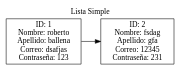
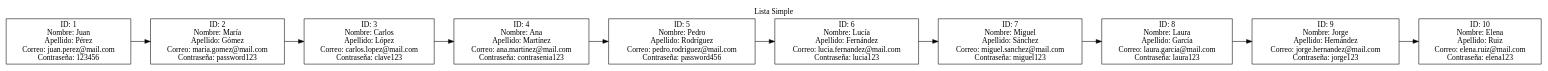
The diagram in Fase#1/Graficas/ListaSimple.dot (Farot30/-EDD-1S2025_202307820), drawn with Graphviz before and after one commit. The commit also changed 29 other files, not shown here.

```diff
--- a/Fase#1/Graficas/ListaSimple.dot
+++ b/Fase#1/Graficas/ListaSimple.dot
@@ -1,10 +1,26 @@
 digraph G {
 label="Lista Simple";
 labelloc="t";
 rankdir=LR;
 node [shape=box];
-node0 [label="ID: 1\nNombre: roberto\nApellido: ballena\nCorreo: dsafjas\nContraseña: 123"];
+node0 [label="ID: 1\nNombre: Juan\nApellido: Pérez\nCorreo: juan.perez@mail.com\nContraseña: 123456"];
 node0 -> node1;
-node1 [label="ID: 2\nNombre: fsdag\nApellido: gfa\nCorreo: 12345\nContraseña: 231"];
+node1 [label="ID: 2\nNombre: María\nApellido: Gómez\nCorreo: maria.gomez@mail.com\nContraseña: password123"];
+node1 -> node2;
+node2 [label="ID: 3\nNombre: Carlos\nApellido: López\nCorreo: carlos.lopez@mail.com\nContraseña: clave123"];
+node2 -> node3;
+node3 [label="ID: 4\nNombre: Ana\nApellido: Martínez\nCorreo: ana.martinez@mail.com\nContraseña: contrasenia123"];
+node3 -> node4;
+node4 [label="ID: 5\nNombre: Pedro\nApellido: Rodríguez\nCorreo: pedro.rodriguez@mail.com\nContraseña: password456"];
+node4 -> node5;
+node5 [label="ID: 6\nNombre: Lucía\nApellido: Fernández\nCorreo: lucia.fernandez@mail.com\nContraseña: lucia123"];
+node5 -> node6;
+node6 [label="ID: 7\nNombre: Miguel\nApellido: Sánchez\nCorreo: miguel.sanchez@mail.com\nContraseña: miguel123"];
+node6 -> node7;
+node7 [label="ID: 8\nNombre: Laura\nApellido: García\nCorreo: laura.garcia@mail.com\nContraseña: laura123"];
+node7 -> node8;
+node8 [label="ID: 9\nNombre: Jorge\nApellido: Hernández\nCorreo: jorge.hernandez@mail.com\nContraseña: jorge123"];
+node8 -> node9;
+node9 [label="ID: 10\nNombre: Elena\nApellido: Ruiz\nCorreo: elena.ruiz@mail.com\nContraseña: elena123"];
 
 }
```
